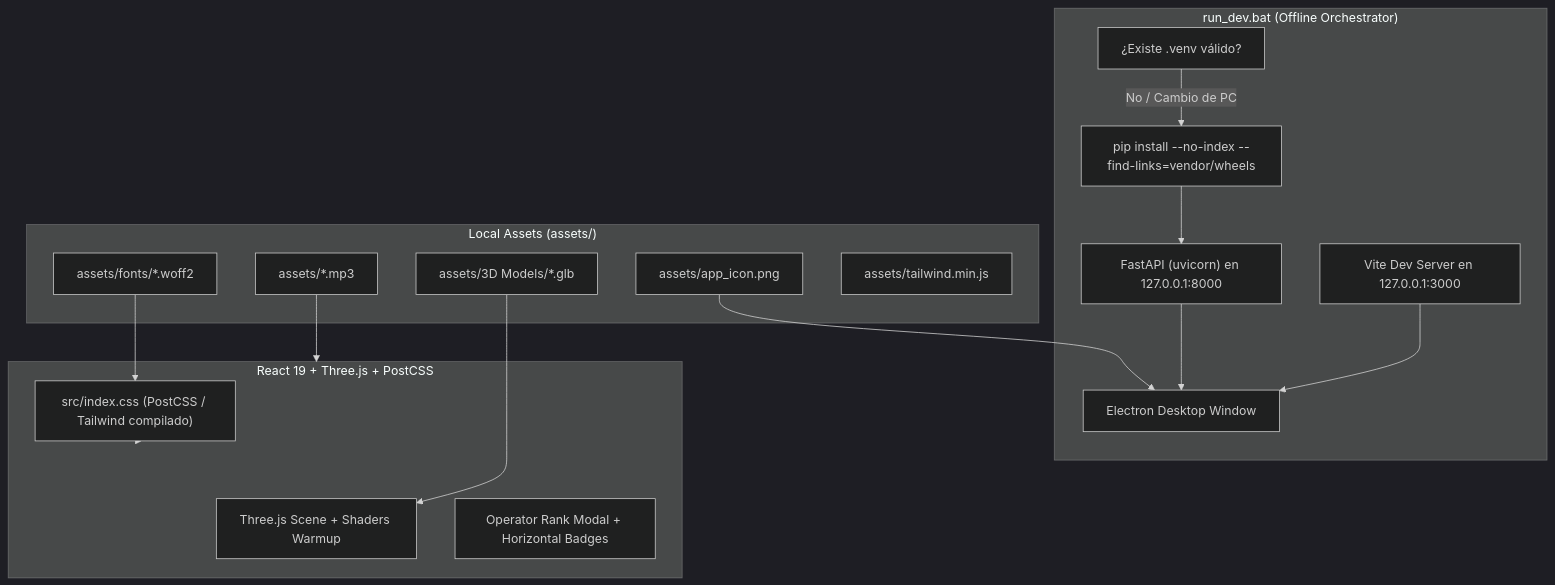
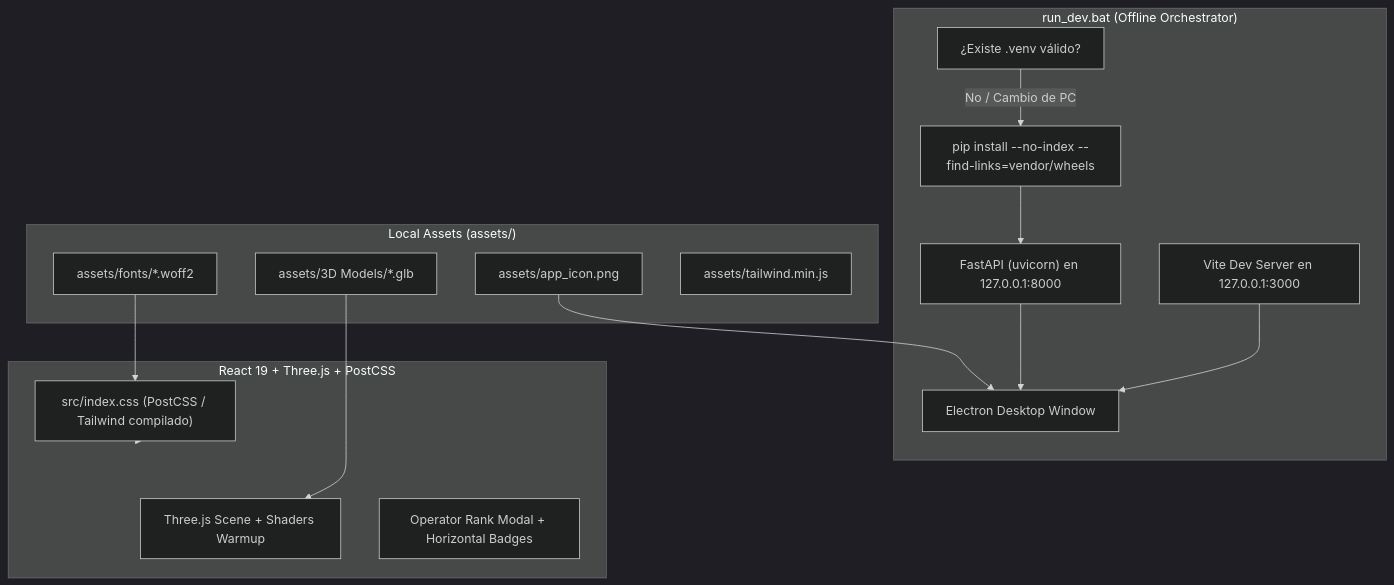
One commit to Nikolai-99/Zero-Day_Protocol changed the diagram in assets/DOCUMENTACION_ASSETS.md. Above: the diagram before and after it, drawn with Mermaid (dark theme). The commit also changed other lines of this file and 5 other files, not shown here.

````diff
--- a/assets/DOCUMENTACION_ASSETS.md
+++ b/assets/DOCUMENTACION_ASSETS.md
@@ -24,34 +24,32 @@
 ```mermaid
 flowchart TD
     subgraph Launcher ["run_dev.bat (Offline Orchestrator)"]
         VENV_CHECK["¿Existe .venv válido?"]
         WHEELS_INSTALL["pip install --no-index --find-links=vendor/wheels"]
         LAUNCH_FASTAPI["FastAPI (uvicorn) en 127.0.0.1:8000"]
         LAUNCH_VITE["Vite Dev Server en 127.0.0.1:3000"]
         LAUNCH_ELECTRON["Electron Desktop Window"]
     end
 
     subgraph Assets ["Local Assets (assets/)"]
         FONTS["assets/fonts/*.woff2"]
-        AUDIO["assets/*.mp3"]
         MODELS["assets/3D Models/*.glb"]
         ICON["assets/app_icon.png"]
         TAILWIND_FALLBACK["assets/tailwind.min.js"]
     end
 
     subgraph Frontend ["React 19 + Three.js + PostCSS"]
         CSS["src/index.css (PostCSS / Tailwind compilado)"]
         THREE["Three.js Scene + Shaders Warmup"]
         MODAL["Operator Rank Modal + Horizontal Badges"]
     end
 
     VENV_CHECK -->|No / Cambio de PC| WHEELS_INSTALL
     WHEELS_INSTALL --> LAUNCH_FASTAPI
     LAUNCH_FASTAPI --> LAUNCH_ELECTRON
     LAUNCH_VITE --> LAUNCH_ELECTRON
     FONTS --> CSS
     CSS --> Frontend
-    AUDIO --> Frontend
     MODELS --> THREE
     ICON --> LAUNCH_ELECTRON
 ```
````
